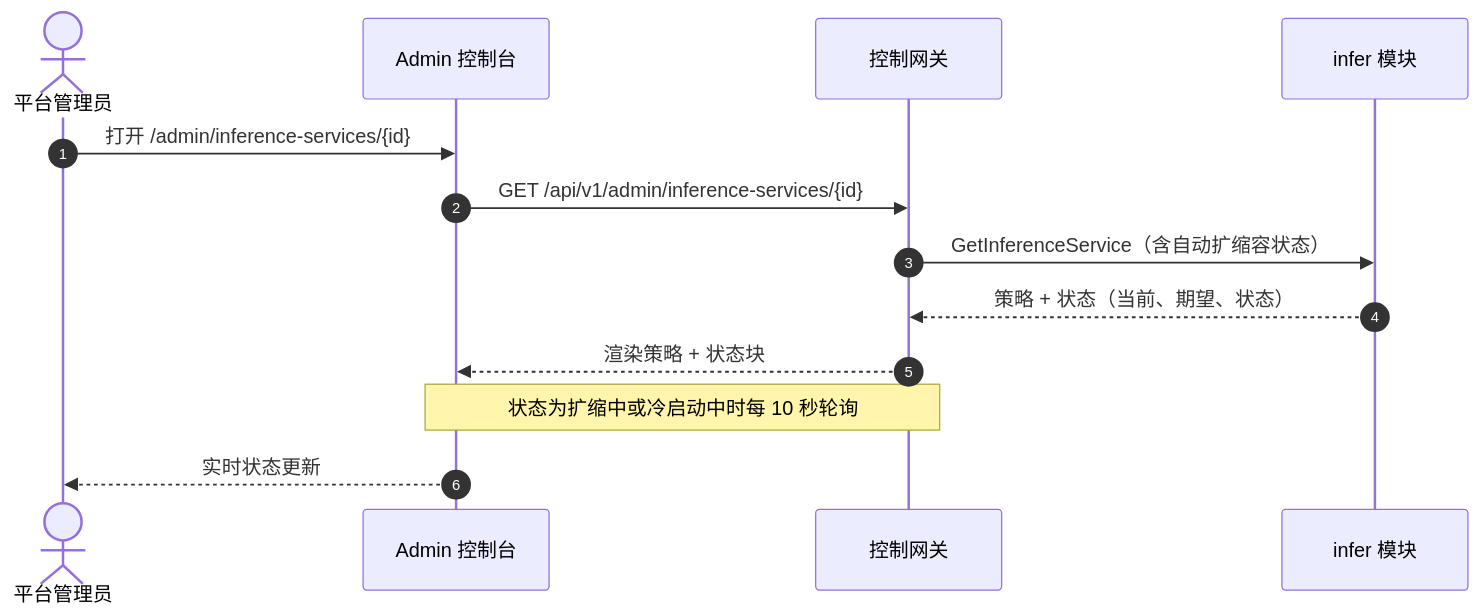
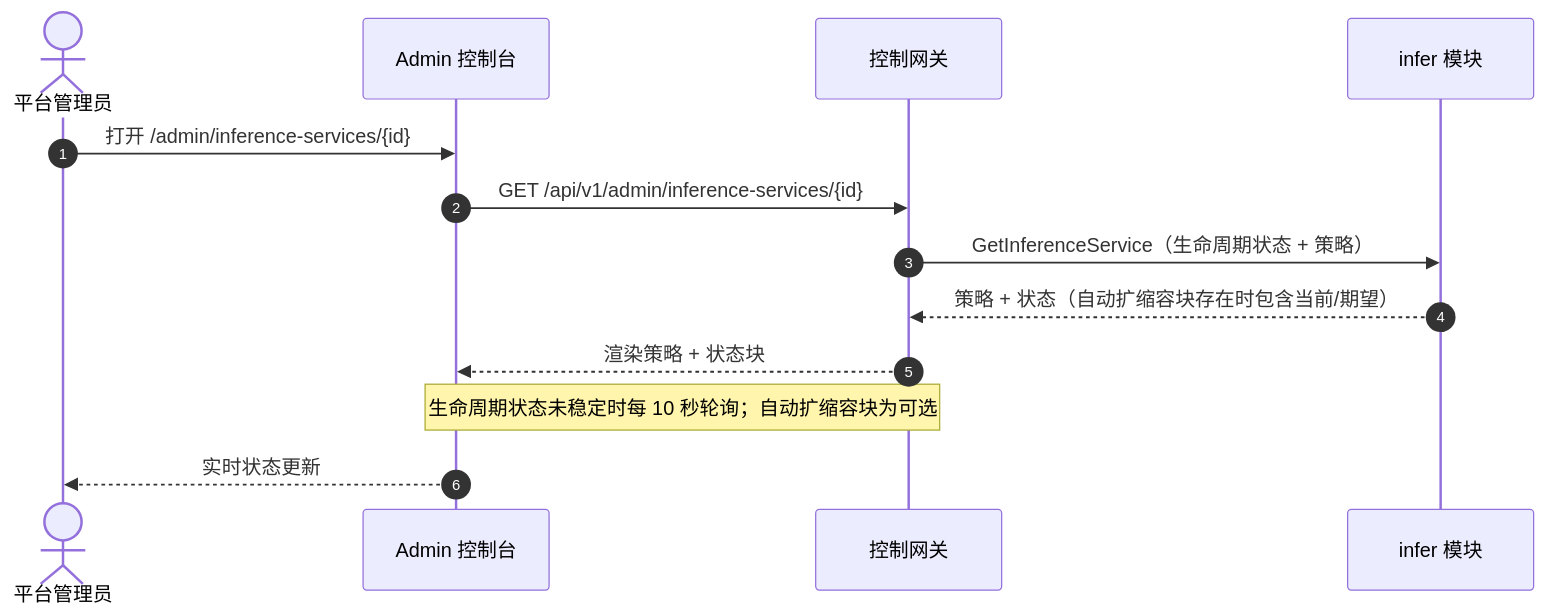
The fourth of 4 diagrams in site/docs/design/inference-autoscaling.zh-cn.md (go-taas/go-taas), drawn with Mermaid before and after one commit. The commit also changed other lines of this file and 41 other files, not shown here.

````diff
--- a/site/docs/design/inference-autoscaling.zh-cn.md
+++ b/site/docs/design/inference-autoscaling.zh-cn.md
@@ -314,16 +314,16 @@
 ```mermaid
 sequenceDiagram
     autonumber
     actor Admin as 平台管理员
     participant UI as Admin 控制台
     participant CGW as 控制网关
     participant Infer as infer 模块
 
     Admin->>UI: 打开 /admin/inference-services/{id}
     UI->>CGW: GET /api/v1/admin/inference-services/{id}
-    CGW->>Infer: GetInferenceService（含自动扩缩容状态）
-    Infer-->>CGW: 策略 + 状态（当前、期望、状态）
+    CGW->>Infer: GetInferenceService（生命周期状态 + 策略）
+    Infer-->>CGW: 策略 + 状态（自动扩缩容块存在时包含当前/期望）
     CGW-->>UI: 渲染策略 + 状态块
-    Note over UI,CGW: 状态为扩缩中或冷启动中时每 10 秒轮询
+    Note over UI,CGW: 生命周期状态未稳定时每 10 秒轮询；自动扩缩容块为可选
     UI-->>Admin: 实时状态更新
 ```
````
